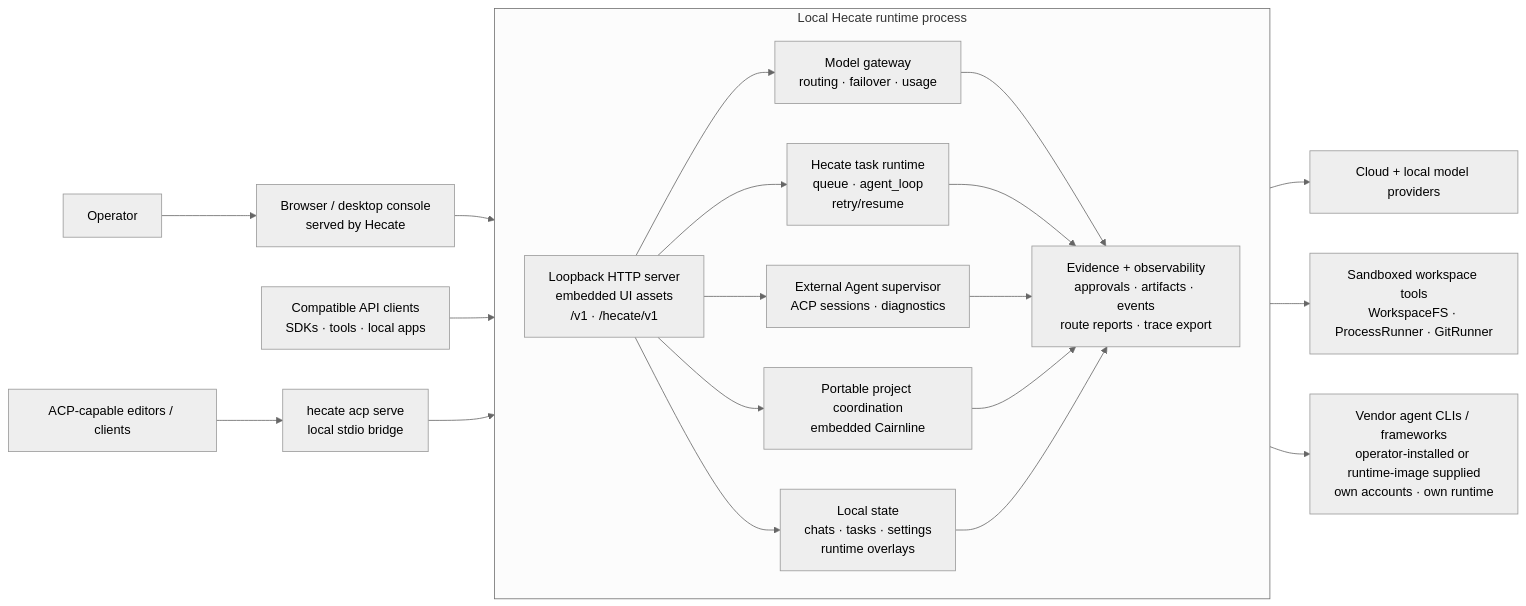
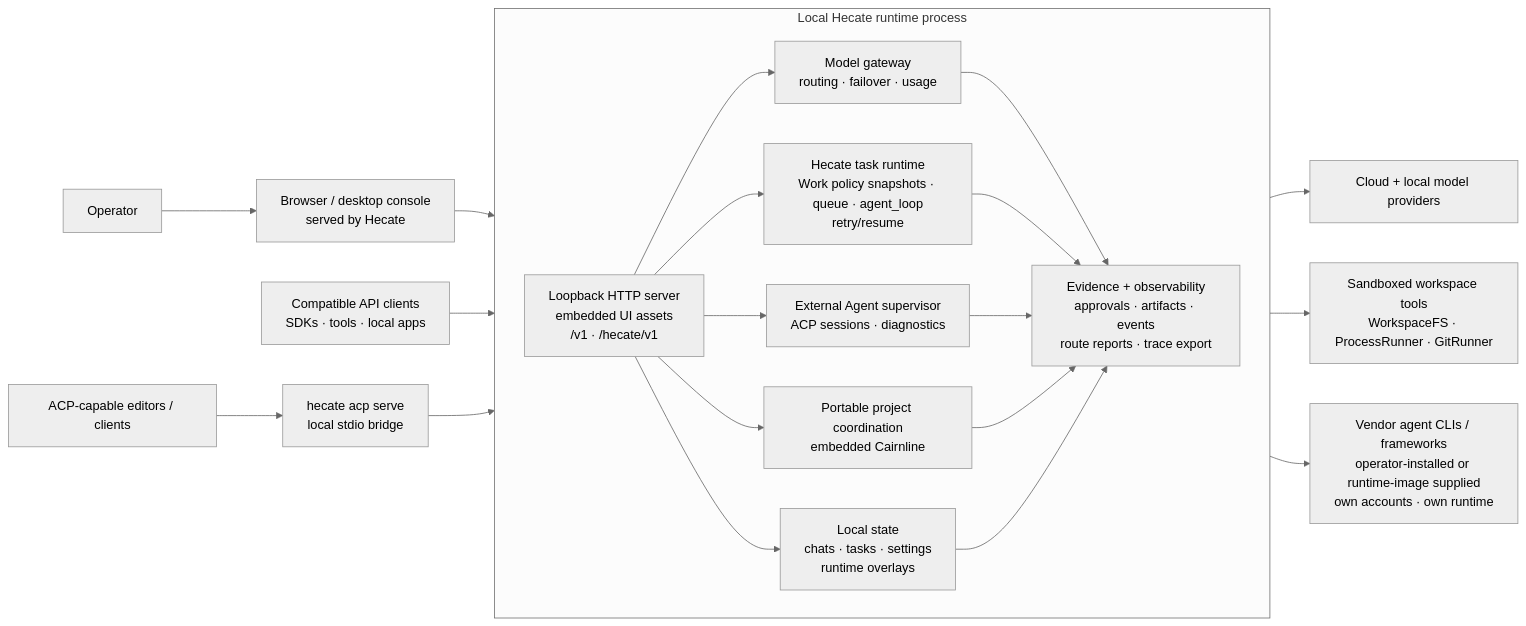
One commit to hecatehq/hecate changed the first of 2 diagrams in README.md. Above: the diagram before and after it, drawn with Mermaid (neutral theme). The commit also changed other lines of this file and 44 other files, not shown here.

````diff
--- a/README.md
+++ b/README.md
@@ -132,41 +132,41 @@
 ```mermaid
 flowchart LR
     Operator["Operator"] --> Console["Browser / desktop console<br/>served by Hecate"]
     APIClients["Compatible API clients<br/>SDKs · tools · local apps"]
     ACPClients["ACP-capable editors / clients"]
     ACPBridge["hecate acp serve<br/>local stdio bridge"]
 
     subgraph HecateProcess["Local Hecate runtime process"]
         direction LR
         HTTP["Loopback HTTP server<br/>embedded UI assets<br/>/v1 · /hecate/v1"]
         Gateway["Model gateway<br/>routing · failover · usage"]
-        TaskRuntime["Hecate task runtime<br/>queue · agent_loop<br/>retry/resume"]
+        TaskRuntime["Hecate task runtime<br/>Work policy snapshots · queue · agent_loop<br/>retry/resume"]
         AgentSupervisor["External Agent supervisor<br/>ACP sessions · diagnostics"]
         State["Local state<br/>chats · tasks · settings<br/>runtime overlays"]
         Projects["Portable project coordination<br/>embedded Cairnline"]
         Evidence["Evidence + observability<br/>approvals · artifacts · events<br/>route reports · trace export"]
 
         HTTP --> Gateway
         HTTP --> TaskRuntime
         HTTP --> AgentSupervisor
         HTTP --> State
         HTTP --> Projects
         Gateway --> Evidence
         TaskRuntime --> Evidence
         AgentSupervisor --> Evidence
         Projects --> Evidence
         State --> Evidence
     end
 
     Providers["Cloud + local model providers"]
     Tools["Sandboxed workspace tools<br/>WorkspaceFS · ProcessRunner · GitRunner"]
     ExternalCLIs["Vendor agent CLIs / frameworks<br/>operator-installed or runtime-image supplied<br/>own accounts · own runtime"]
 
     Console --> HTTP
     APIClients --> HTTP
     ACPClients --> ACPBridge
     ACPBridge --> HTTP
     Gateway --> Providers
     TaskRuntime --> Tools
     AgentSupervisor --> ExternalCLIs
 ```
````
